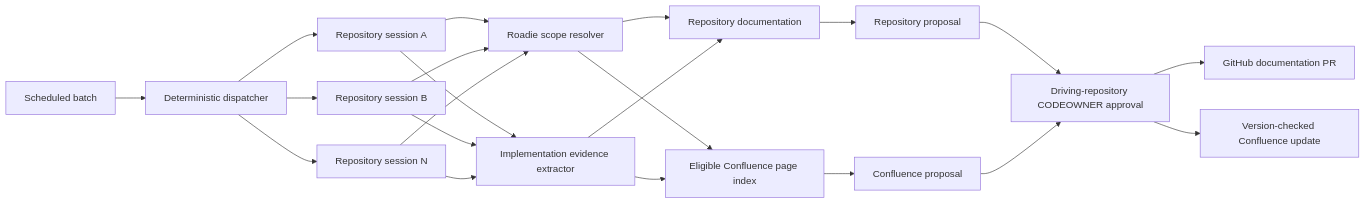
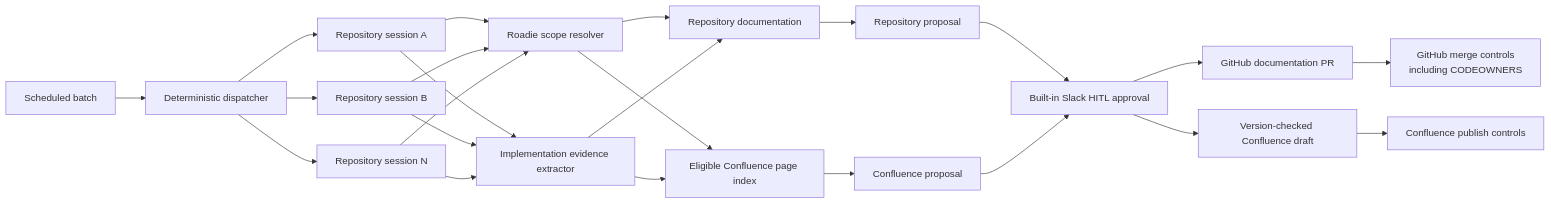
Before and after one commit to cgillions/doc-updater: the first of 3 diagrams in docs/system-plan.md, drawn with Mermaid. The commit also changed other lines of this file and 31 other files, not shown here.

````diff
--- a/docs/system-plan.md
+++ b/docs/system-plan.md
@@ -26,29 +31,32 @@
 ```mermaid
 flowchart LR
     S["Scheduled batch"] --> D["Deterministic dispatcher"]
     D --> J1["Repository session A"]
     D --> J2["Repository session B"]
     D --> JN["Repository session N"]
 
     J1 --> R["Roadie scope resolver"]
     J2 --> R
     JN --> R
     J1 --> I["Implementation evidence extractor"]
     J2 --> I
     JN --> I
 
     R --> RD["Repository documentation"]
     R --> CI["Eligible Confluence page index"]
 
     I --> RD
     I --> CI
 
     RD --> P1["Repository proposal"]
     CI --> P2["Confluence proposal"]
 
-    P1 --> A["Driving-repository CODEOWNER approval"]
+    P1 --> A["Built-in Slack HITL approval"]
     P2 --> A
 
     A --> G["GitHub documentation PR"]
-    A --> C["Version-checked Confluence update"]
+    A --> C["Version-checked Confluence draft"]
+
+    G --> GM["GitHub merge controls<br/>including CODEOWNERS"]
+    C --> CP["Confluence publish controls"]
 ```
````
